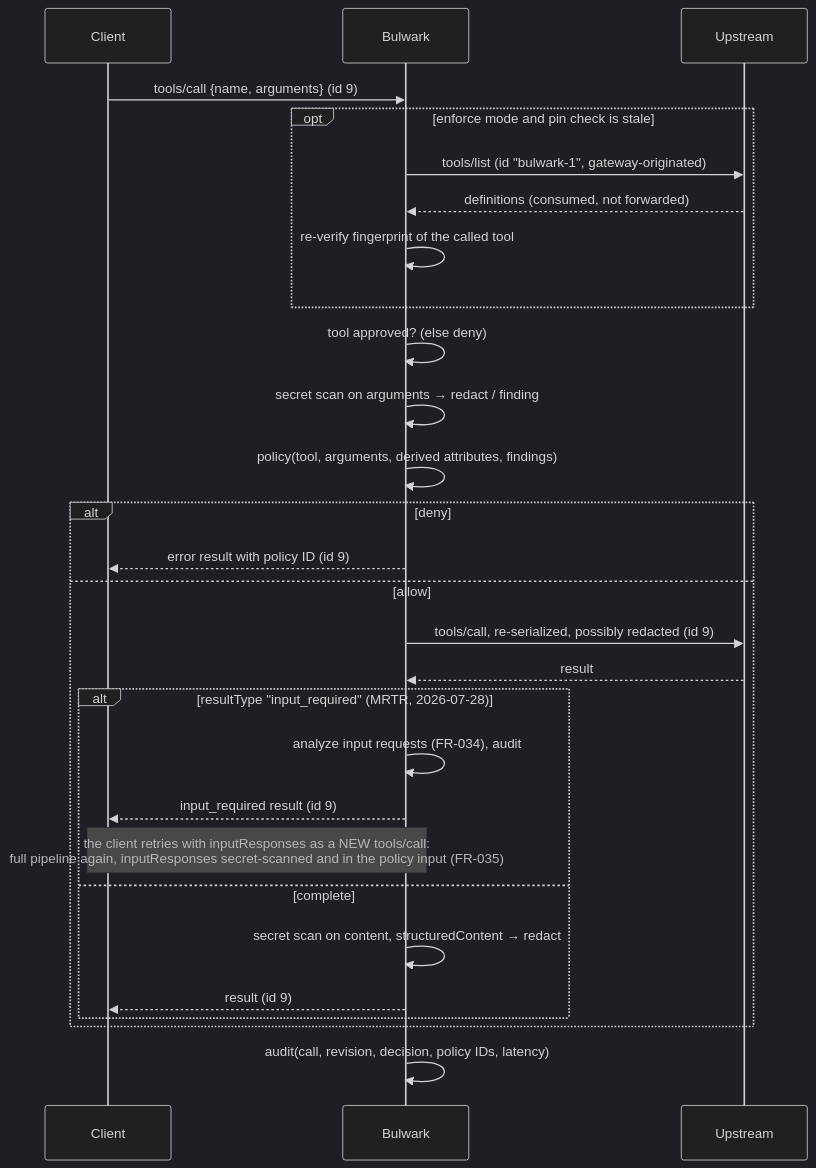
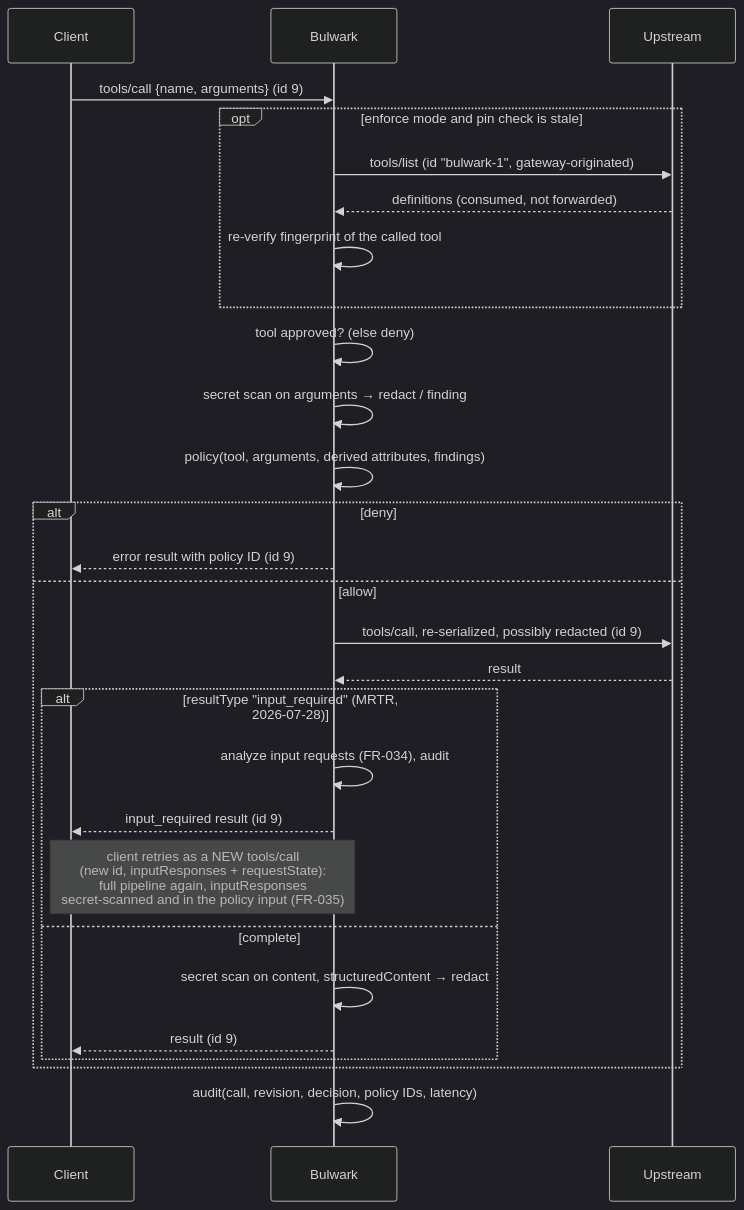
The fifth of 7 diagrams in DESIGN.md (1337-llama/robust-mcp-bulwark), drawn with Mermaid (dark theme) before and after one commit. The commit also changed other lines of this file, not shown here.

````diff
--- a/DESIGN.md
+++ b/DESIGN.md
@@ -328,30 +330,30 @@
 ```mermaid
 sequenceDiagram
   participant C as Client
   participant B as Bulwark
   participant U as Upstream
   C->>B: tools/call {name, arguments} (id 9)
   opt enforce mode and pin check is stale
     B->>U: tools/list (id "bulwark-1", gateway-originated)
     U-->>B: definitions (consumed, not forwarded)
     B->>B: re-verify fingerprint of the called tool
   end
   B->>B: tool approved? (else deny)
   B->>B: secret scan on arguments → redact / finding
   B->>B: policy(tool, arguments, derived attributes, findings)
   alt deny
     B-->>C: error result with policy ID (id 9)
   else allow
     B->>U: tools/call, re-serialized, possibly redacted (id 9)
     U-->>B: result
     alt resultType "input_required" (MRTR, 2026-07-28)
       B->>B: analyze input requests (FR-034), audit
       B-->>C: input_required result (id 9)
-      Note over C,B: the client retries with inputResponses as a NEW tools/call:<br/>full pipeline again, inputResponses secret-scanned and in the policy input (FR-035)
+      Note over C,B: client retries as a NEW tools/call<br/>(new id, inputResponses + requestState):<br/>full pipeline again, inputResponses<br/>secret-scanned and in the policy input (FR-035)
     else complete
       B->>B: secret scan on content, structuredContent → redact
       B-->>C: result (id 9)
     end
   end
   B->>B: audit(call, revision, decision, policy IDs, latency)
 ```
````
